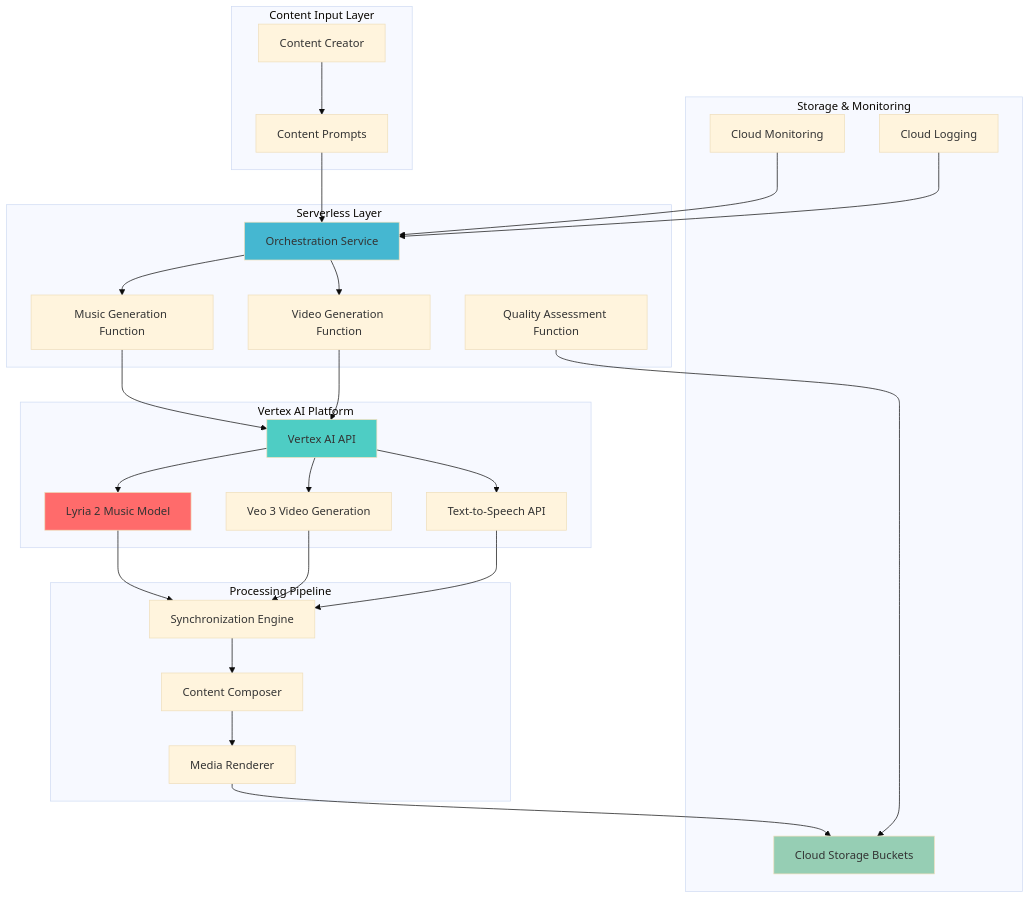
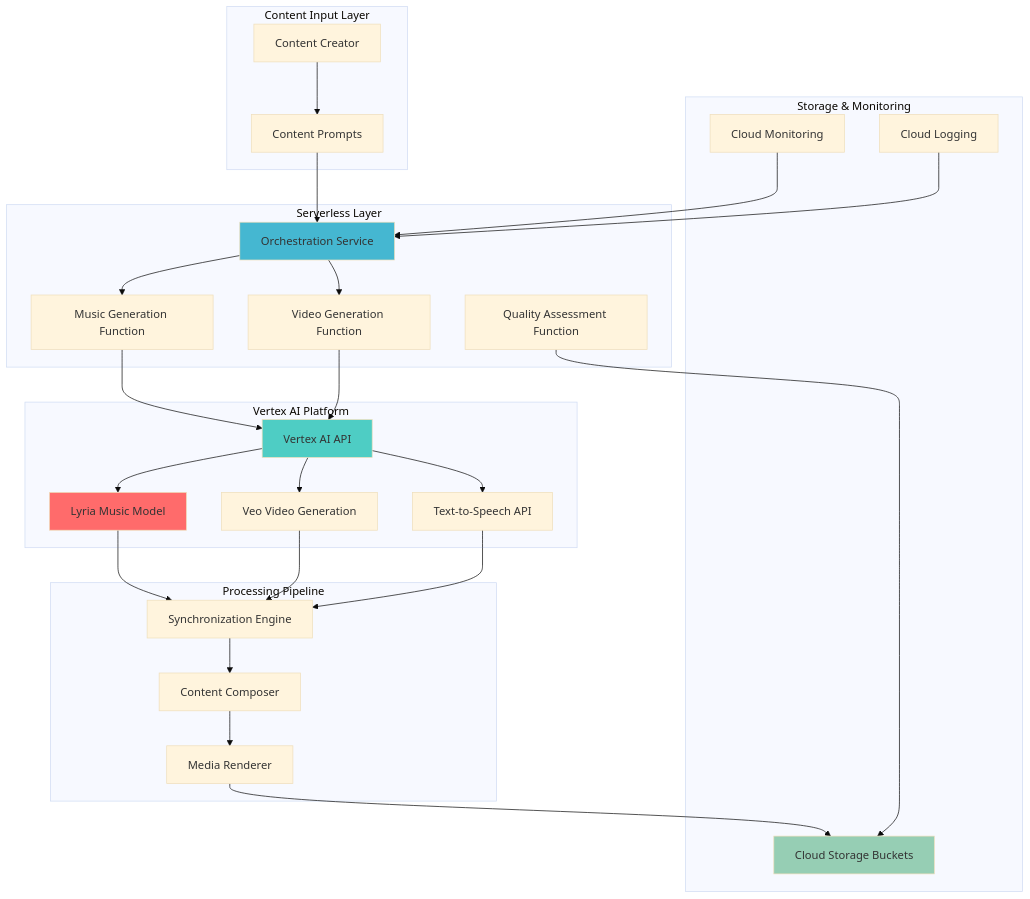
The diagram in gcp/multi-modal-ai-content-generation-lyria-cloud-hub/multi-modal-ai-content-generation-lyria-cloud-hub.md (mzazon/awesome-cloud-projects), drawn with Mermaid (base theme) before and after one commit. The commit also changed other lines of this file and 5581 other files, not shown here.

````diff
--- a/gcp/multi-modal-ai-content-generation-lyria-cloud-hub/multi-modal-ai-content-generation-lyria-cloud-hub.md
+++ b/gcp/multi-modal-ai-content-generation-lyria-cloud-hub/multi-modal-ai-content-generation-lyria-cloud-hub.md
@@ -30,61 +30,61 @@
 ```mermaid
 graph TB
     subgraph "Content Input Layer"
         USER[Content Creator]
         PROMPT[Content Prompts]
     end
     
     subgraph "Vertex AI Platform"
         VERTEX[Vertex AI API]
-        LYRIA[Lyria 2 Music Model]
-        VEO[Veo 3 Video Generation]
+        LYRIA[Lyria Music Model]
+        VEO[Veo Video Generation]
         TTS[Text-to-Speech API]
     end
     
     subgraph "Processing Pipeline"
         SYNC[Synchronization Engine]
         COMPOSE[Content Composer]
         RENDER[Media Renderer]
     end
     
     subgraph "Serverless Layer"
         MUSIC_FN[Music Generation Function]
         VIDEO_FN[Video Generation Function]
         ORCH[Orchestration Service]
         QUALITY_FN[Quality Assessment Function]
     end
     
     subgraph "Storage & Monitoring"
         STORAGE[Cloud Storage Buckets]
         MONITOR[Cloud Monitoring]
         LOGGING[Cloud Logging]
     end
     
     USER --> PROMPT
     PROMPT --> ORCH
     ORCH --> MUSIC_FN
     ORCH --> VIDEO_FN
     
     MUSIC_FN --> VERTEX
     VIDEO_FN --> VERTEX
     VERTEX --> LYRIA
     VERTEX --> VEO
     VERTEX --> TTS
     
     LYRIA --> SYNC
     VEO --> SYNC
     TTS --> SYNC
     
     SYNC --> COMPOSE
     COMPOSE --> RENDER
     RENDER --> STORAGE
     
     QUALITY_FN --> STORAGE
     MONITOR --> ORCH
     LOGGING --> ORCH
     
     style LYRIA fill:#FF6B6B
     style VERTEX fill:#4ECDC4
     style ORCH fill:#45B7D1
     style STORAGE fill:#96CEB4
 ```
````
